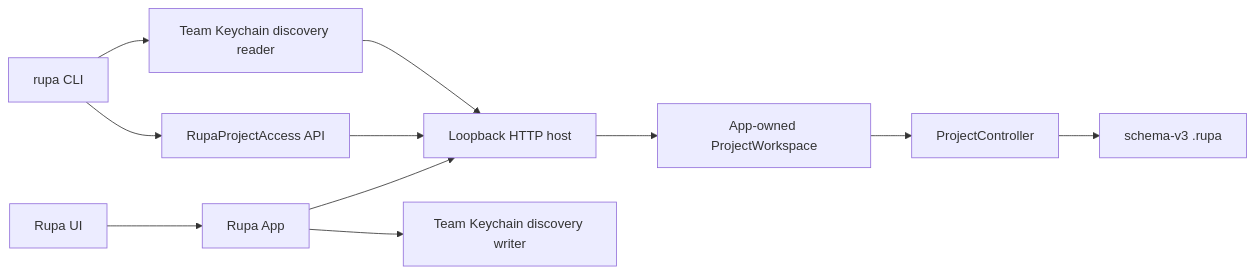
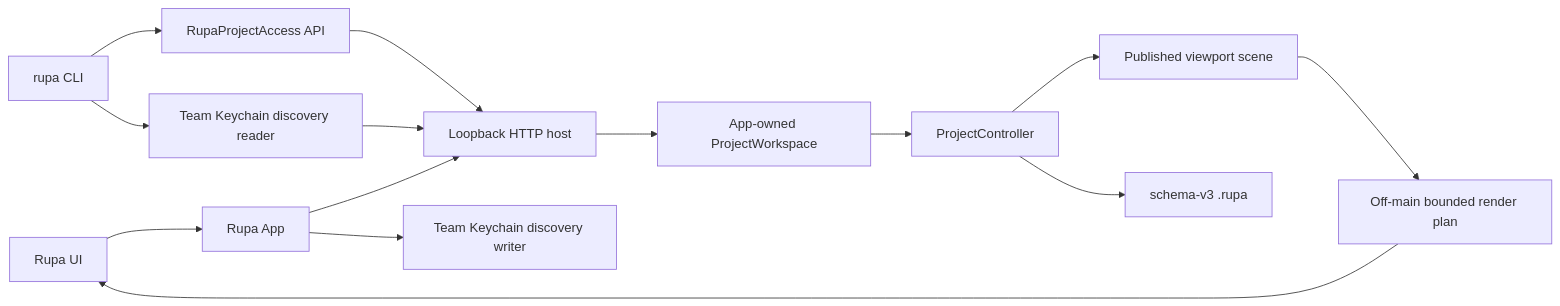
One commit to 1amageek/Rupa changed the first of 2 diagrams in Rupa/DESIGN.md. Above: the diagram before and after it, drawn with Mermaid. The commit also changed other lines of this file and 13 other files, not shown here.

````diff
--- a/Rupa/DESIGN.md
+++ b/Rupa/DESIGN.md
@@ -28,13 +28,16 @@
 ```mermaid
 flowchart LR
     UI["Rupa UI"] --> App["Rupa App"]
     CLI["rupa CLI"] --> Access["RupaProjectAccess API"]
     App --> Host["Loopback HTTP host"]
     Access --> Host
     Host --> Workspace["App-owned ProjectWorkspace"]
     Workspace --> Controller["ProjectController"]
+    Controller --> Scene["Published viewport scene"]
+    Scene --> Plan["Off-main bounded render plan"]
+    Plan --> UI
     Controller --> Package["schema-v3 .rupa"]
     App --> Keychain["Team Keychain discovery writer"]
     CLI --> KeychainRead["Team Keychain discovery reader"]
     KeychainRead --> Host
 ```
````
